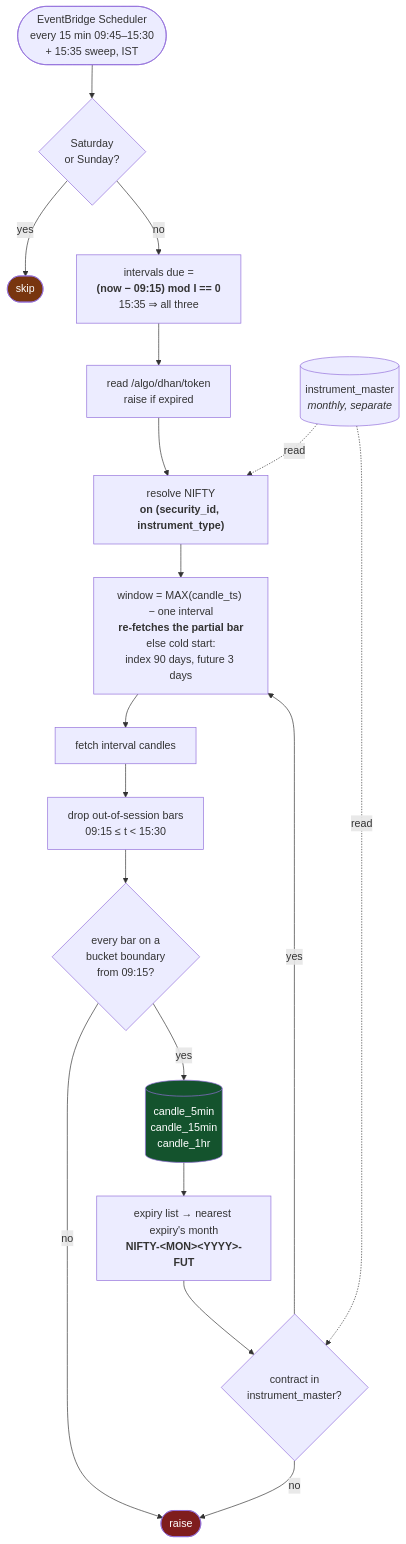
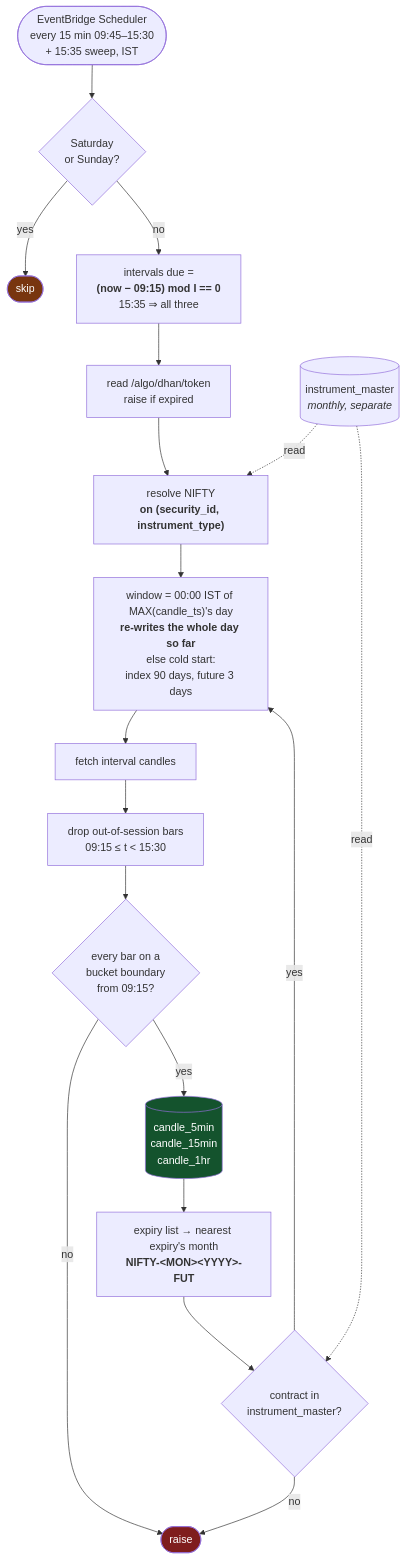
The fifth of 7 diagrams in docs/flow.md (amar7585/aws-algo-claude), drawn with Mermaid before and after one commit. The commit also changed other lines of this file and 7 other files, not shown here.

````diff
--- a/docs/flow.md
+++ b/docs/flow.md
@@ -274,28 +276,28 @@
 ```mermaid
 flowchart TD
     START(["EventBridge Scheduler<br/>every 15 min 09:45–15:30<br/>+ 15:35 sweep, IST"]) --> WKND{"Saturday<br/>or Sunday?"}
     WKND -->|yes| SKIP(["skip"])
     WKND -->|no| DUE["intervals due =<br/><b>(now − 09:15) mod I == 0</b><br/>15:35 ⇒ all three"]
 
     DUE --> TOK["read /algo/dhan/token<br/>raise if expired"]
     TOK --> NIFTY["resolve NIFTY<br/><b>on (security_id, instrument_type)</b>"]
 
-    NIFTY --> WIN["window = MAX(candle_ts) − one interval<br/><b>re-fetches the partial bar</b><br/>else cold start:<br/>index 90 days, future 3 days"]
+    NIFTY --> WIN["window = 00:00 IST of MAX(candle_ts)'s day<br/><b>re-writes the whole day so far</b><br/>else cold start:<br/>index 90 days, future 3 days"]
     WIN --> FETCH["fetch interval candles"]
     FETCH --> FILTER["drop out-of-session bars<br/>09:15 ≤ t &lt; 15:30"]
     FILTER --> ALIGN{"every bar on a<br/>bucket boundary<br/>from 09:15?"}
     ALIGN -->|no| RAISE(["raise"])
     ALIGN -->|yes| UPSERT[("candle_5min<br/>candle_15min<br/>candle_1hr")]
 
     UPSERT --> EXP["expiry list → nearest expiry's month<br/><b>NIFTY-&lt;MON&gt;&lt;YYYY&gt;-FUT</b>"]
     EXP --> FUT{"contract in<br/>instrument_master?"}
     FUT -->|no| RAISE
     FUT -->|yes| WIN
 
     IM[("instrument_master<br/><i>monthly, separate</i>")] -.read.-> NIFTY
     IM -.read.-> FUT
 
     style SKIP fill:#78350f,color:#fff
     style RAISE fill:#7f1d1d,color:#fff
     style UPSERT fill:#14532d,color:#fff
 ```
````
